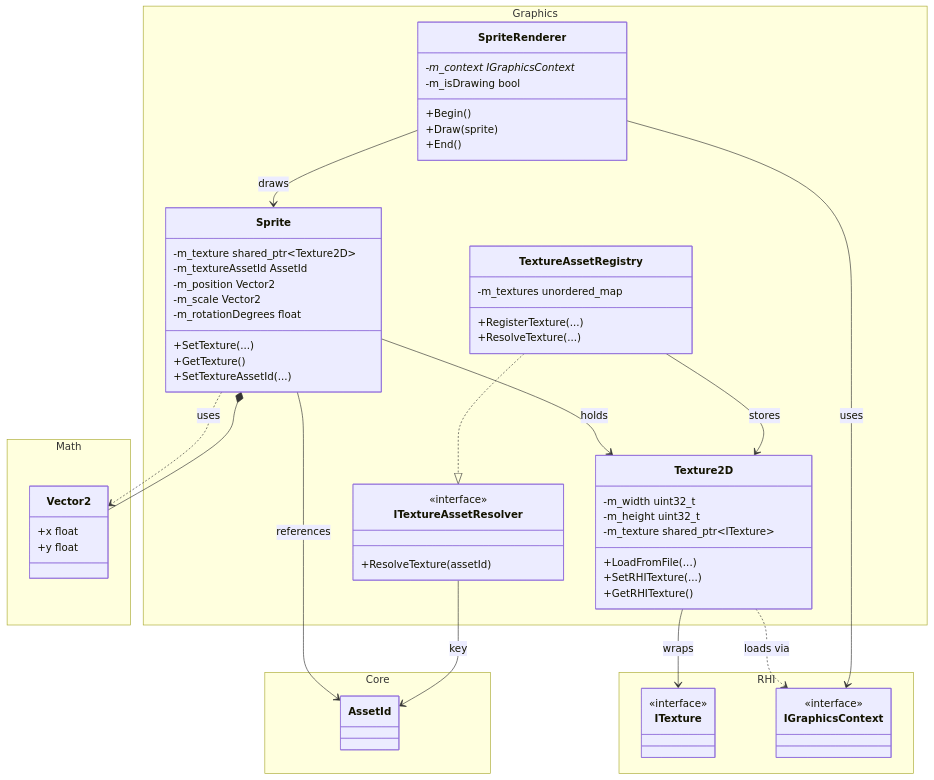
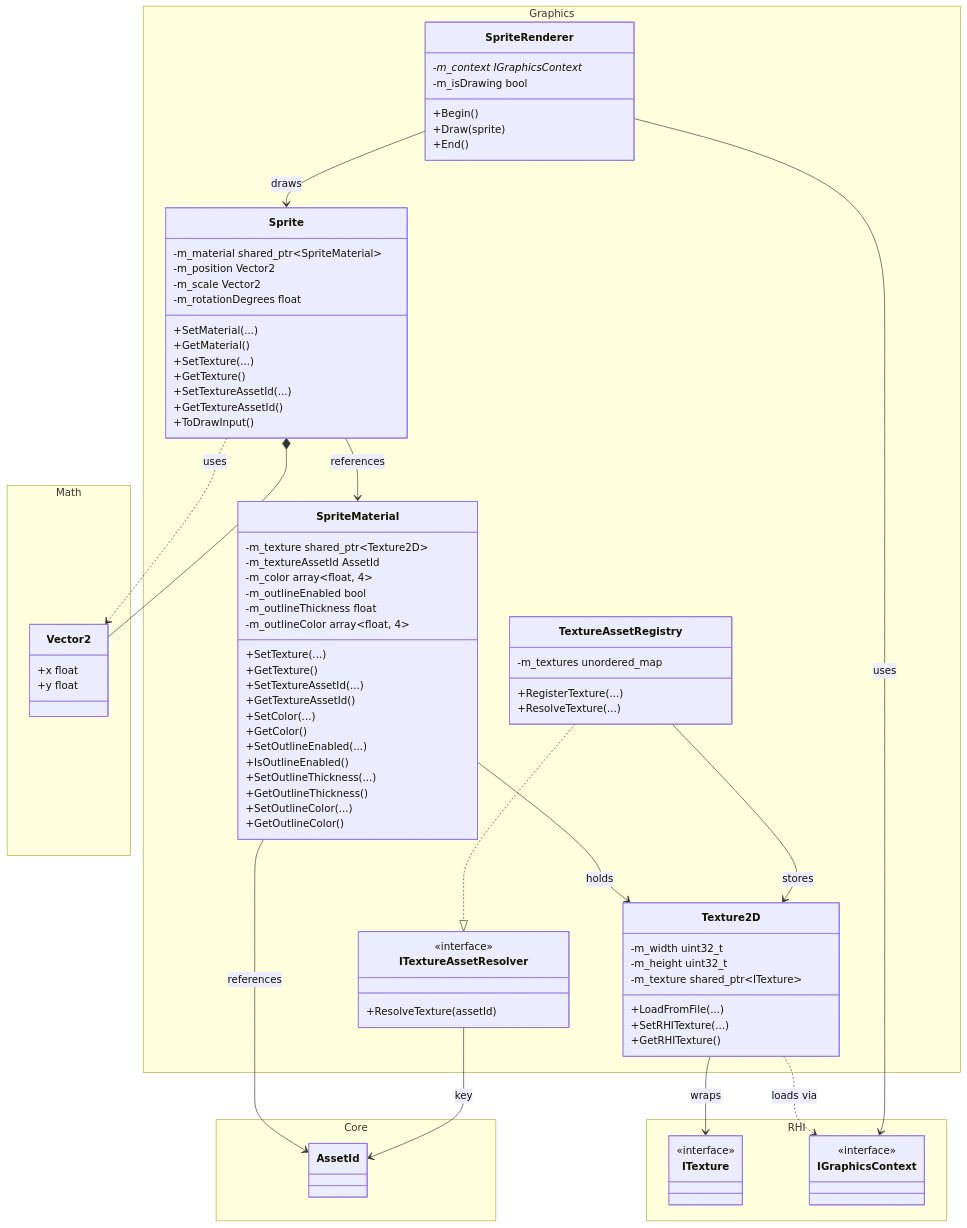
One commit to kenta-MM/Xelqoria changed the diagram in docs/class_diagram/graphics-class-diagram.md. Above: the diagram before and after it, drawn with Mermaid. The commit also changed 2 other files, not shown here.

Commit message:
Update SpriteMaterial tests and diagram

```diff
--- a/docs/class_diagram/graphics-class-diagram.md
+++ b/docs/class_diagram/graphics-class-diagram.md
@@ -35,15 +35,39 @@
             +GetRHITexture()
         }
 
-        class Sprite {
+        class SpriteMaterial {
             -m_texture shared_ptr~Texture2D~
             -m_textureAssetId AssetId
+            -m_color array~float, 4~
+            -m_outlineEnabled bool
+            -m_outlineThickness float
+            -m_outlineColor array~float, 4~
+            +SetTexture(...)
+            +GetTexture()
+            +SetTextureAssetId(...)
+            +GetTextureAssetId()
+            +SetColor(...)
+            +GetColor()
+            +SetOutlineEnabled(...)
+            +IsOutlineEnabled()
+            +SetOutlineThickness(...)
+            +GetOutlineThickness()
+            +SetOutlineColor(...)
+            +GetOutlineColor()
+        }
+
+        class Sprite {
+            -m_material shared_ptr~SpriteMaterial~
             -m_position Vector2
             -m_scale Vector2
             -m_rotationDegrees float
+            +SetMaterial(...)
+            +GetMaterial()
             +SetTexture(...)
             +GetTexture()
             +SetTextureAssetId(...)
+            +GetTextureAssetId()
+            +ToDrawInput()
         }
 
         class SpriteRenderer {
@@ -69,8 +93,9 @@
     TextureAssetRegistry ..|> ITextureAssetResolver
     Texture2D --> ITexture : wraps
     Texture2D ..> IGraphicsContext : loads via
-    Sprite --> Texture2D : holds
-    Sprite --> AssetId : references
+    SpriteMaterial --> Texture2D : holds
+    SpriteMaterial --> AssetId : references
+    Sprite --> SpriteMaterial : references
     Sprite ..> Vector2 : uses
     Sprite *-- Vector2
     SpriteRenderer --> IGraphicsContext : uses
```
